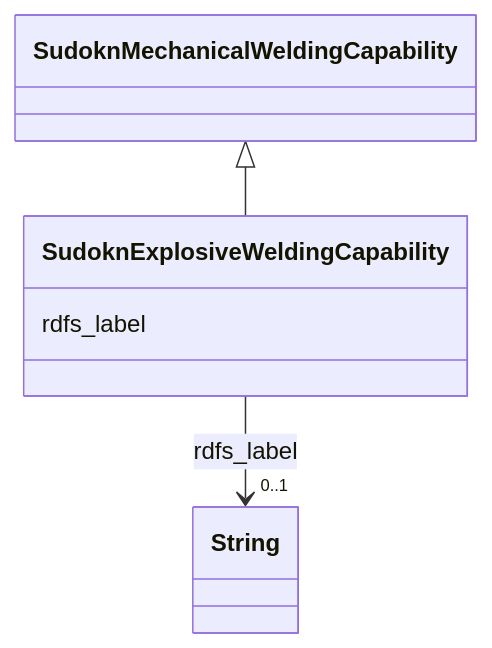
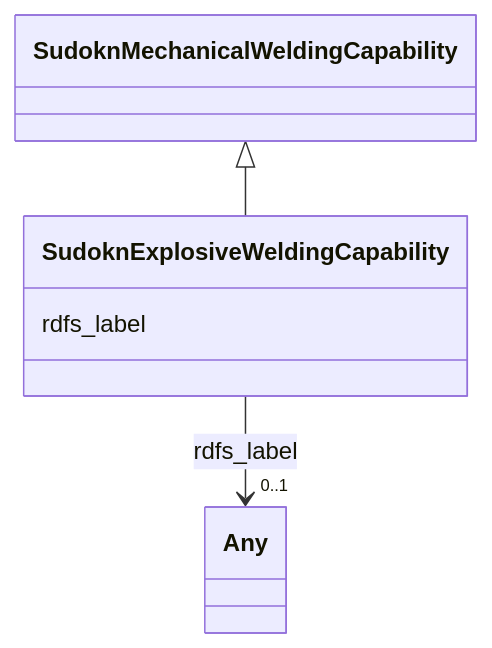
Before and after one commit to frink-okn/graph-descriptions: the diagram in sudokn-kg/classes/SudoknExplosiveWeldingCapability.md, drawn with Mermaid. The commit also changed other lines of this file and 903 other files, not shown here.

````diff
--- a/sudokn-kg/classes/SudoknExplosiveWeldingCapability.md
+++ b/sudokn-kg/classes/SudoknExplosiveWeldingCapability.md
@@ -23,18 +16,18 @@
 ```mermaid
  classDiagram
     class SudoknExplosiveWeldingCapability
     click SudoknExplosiveWeldingCapability href "../SudoknExplosiveWeldingCapability"
       SudoknMechanicalWeldingCapability <|-- SudoknExplosiveWeldingCapability
         click SudoknMechanicalWeldingCapability href "../SudoknMechanicalWeldingCapability"
       
       SudoknExplosiveWeldingCapability : rdfs_label
         
           
     
     
-    SudoknExplosiveWeldingCapability --> "0..1" String : rdfs_label
-    click String href "../String"
+    SudoknExplosiveWeldingCapability --> "0..1" Any : rdfs_label
+    click Any href "../Any"
 
         
       
 ```
````
